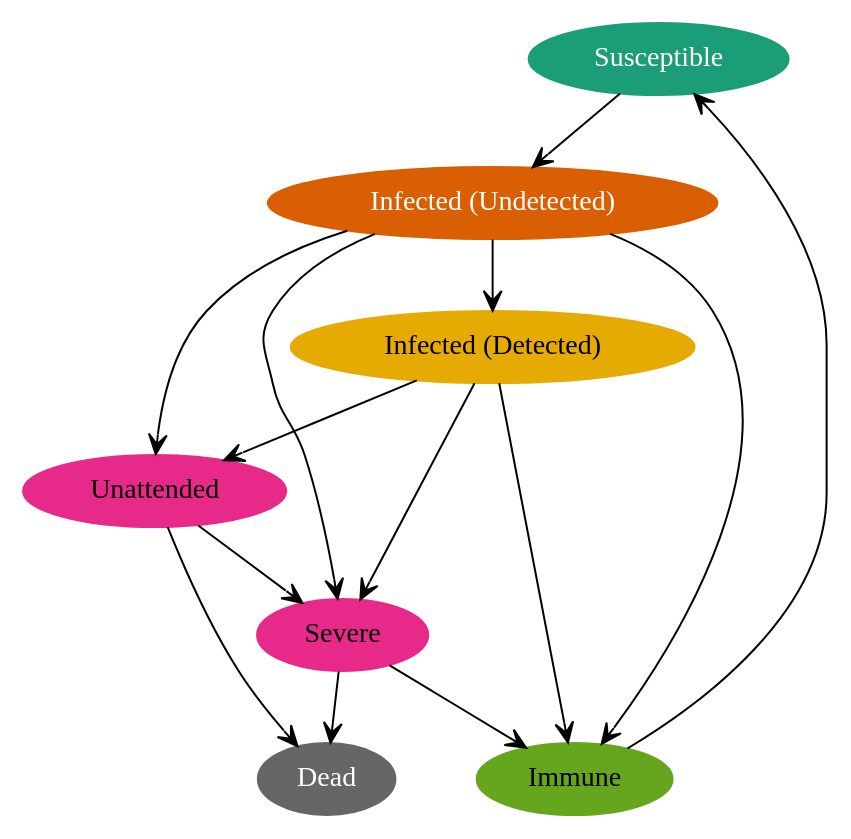
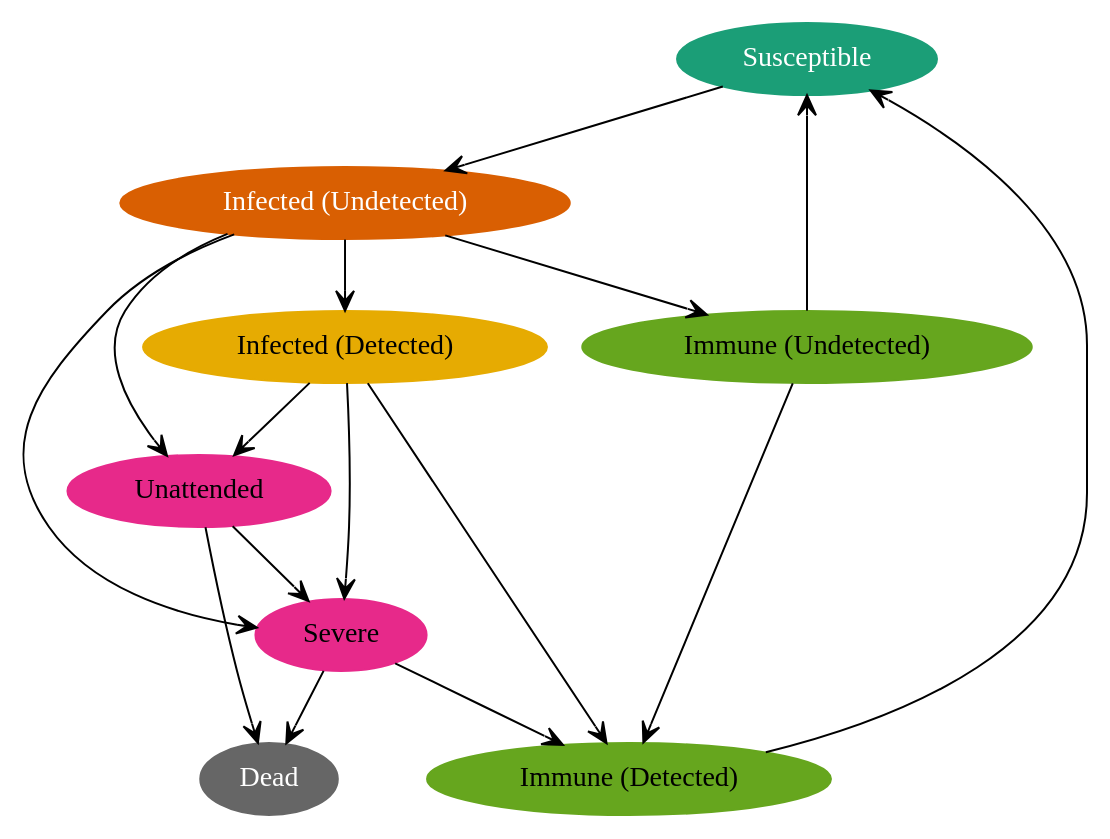
Before and after one commit to Zaharid/virus_simulation: the diagram in doc/flow.dot, drawn with Graphviz. The commit also changed 5 other files, not shown here.

```diff
--- a/doc/flow.dot
+++ b/doc/flow.dot
@@ -1,24 +1,27 @@
 digraph States{
     node [style=filled];
     edge [arrowhead=vee];
     "Susceptible" [color="#1b9e77", fontcolor=white];
     "Infected (Undetected)" [color="#d95f02", fontcolor=white];
     "Infected (Detected)" [color="#e6ab02"];
     "Unattended" [color="#e7298a"];
     "Severe" [color="#e7298a"];
     "Dead" [color="#666666", fontcolor=white];
-    "Immune" [color="#66a61e"];
+    "Immune (Detected)" [color="#66a61e"];
+    "Immune (Undetected)" [color="#66a61e"];
     "Susceptible" -> "Infected (Undetected)";
     "Infected (Undetected)" -> "Infected (Detected)";
     "Infected (Undetected)" -> "Severe";
     "Infected (Undetected)" -> "Unattended";
-    "Infected (Undetected)" -> "Immune";
+    "Infected (Undetected)" -> "Immune (Undetected)";
     "Infected (Detected)" -> "Severe";
     "Infected (Detected)" -> "Unattended";
-    "Infected (Detected)" -> "Immune";
-    "Severe" -> "Immune";
+    "Infected (Detected)" -> "Immune (Detected)";
+    "Severe" -> "Immune (Detected)";
     "Severe" -> "Dead";
     "Unattended" -> "Severe";
     "Unattended" -> "Dead";
-    "Immune" -> "Susceptible";
+    "Immune (Detected)" -> "Susceptible";
+    "Immune (Undetected)" -> "Susceptible";
+    "Immune (Undetected)" -> "Immune (Detected)"
 }
```
